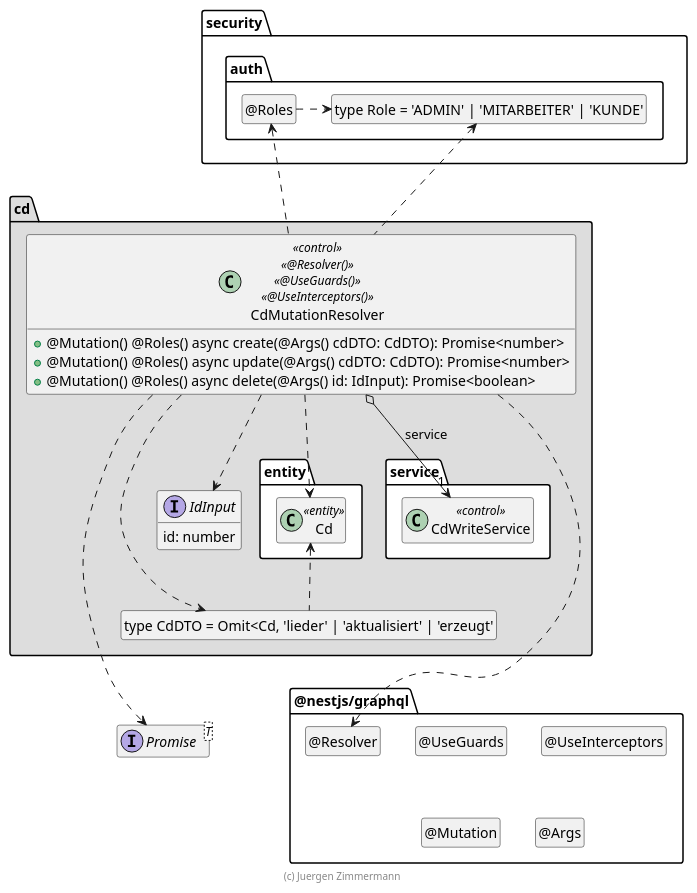
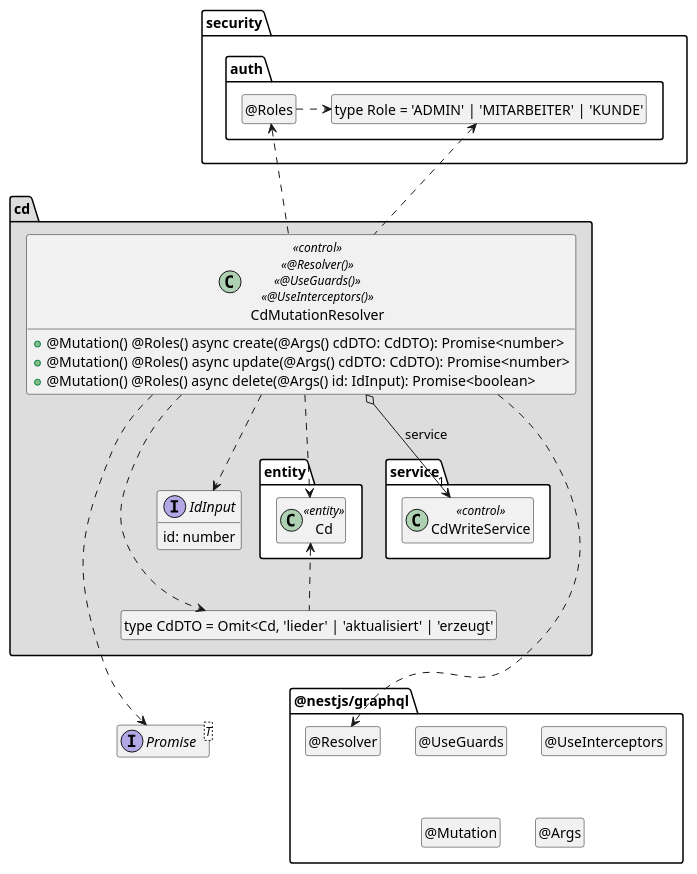
The diagram in .extras/doc/projekthandbuch/CDMutationResolver.plantuml (abda1014/cd), drawn with PlantUML before and after one commit. The commit also changed 39 other files, not shown here.

```diff
--- a/.extras/doc/projekthandbuch/CDMutationResolver.plantuml
+++ b/.extras/doc/projekthandbuch/CDMutationResolver.plantuml
@@ -18,74 +18,74 @@
 @startuml Controller-Klasse
 
 interface Promise<T>
 
 package @nestjs/graphql {
   class "@Resolver" as Resolver
   hide Resolver circle
 
   class "@UseGuards" as UseGuards
   hide UseGuards circle
 
   class "@UseInterceptors" as UseInterceptors
   hide UseInterceptors circle
 
   class "@Mutation" as Mutation
   hide Mutation circle
 
   class "@Args" as Args
   hide Args circle
 }
 
 package security.auth {
   class "type Role = 'ADMIN' | 'MITARBEITER' | 'KUNDE'" as Role
   hide Role circle
 
   class "@Roles" as Roles
   hide Roles circle
 
   Roles .right.> Role
 }
 
 package cd #DDDDDD {
   package entity #FFFFFF {
     class Cd <<entity>>
   }
 
   package service #FFFFFF {
     class CdWriteService << control >>
   }
 
   class "type CdDTO = Omit<Cd, 'lieder' | 'aktualisiert' | 'erzeugt'" as CdDTO
   hide CdDTO circle
 
     interface IdInput {
         id: number
     }
 
   class CdMutationResolver << control >> << @Resolver() >> << @UseGuards() >> << @UseInterceptors() >> {
     + @Mutation() @Roles() async create(@Args() cdDTO: CdDTO): Promise<number>
     + @Mutation() @Roles() async update(@Args() cdDTO: CdDTO): Promise<number>
     + @Mutation() @Roles() async delete(@Args() id: IdInput): Promise<boolean>
   }
 
   CdMutationResolver o-down-> "1" CdWriteService : service
 
   CdMutationResolver ..> Cd
   CdMutationResolver ..> CdDTO
   CdMutationResolver ..> IdInput
   CdDTO .up.> Cd
   CdMutationResolver ..> Promise
   CdMutationResolver ..> Resolver
 
   CdMutationResolver .up.> Roles
   CdMutationResolver .up.> Role
 
   CdDTO .[hidden].> Promise
   CdDTO .[hidden].> Resolver
 }
 
 hide empty members
 
-footer (c) Juergen Zimmermann
+
 
 @enduml
```
